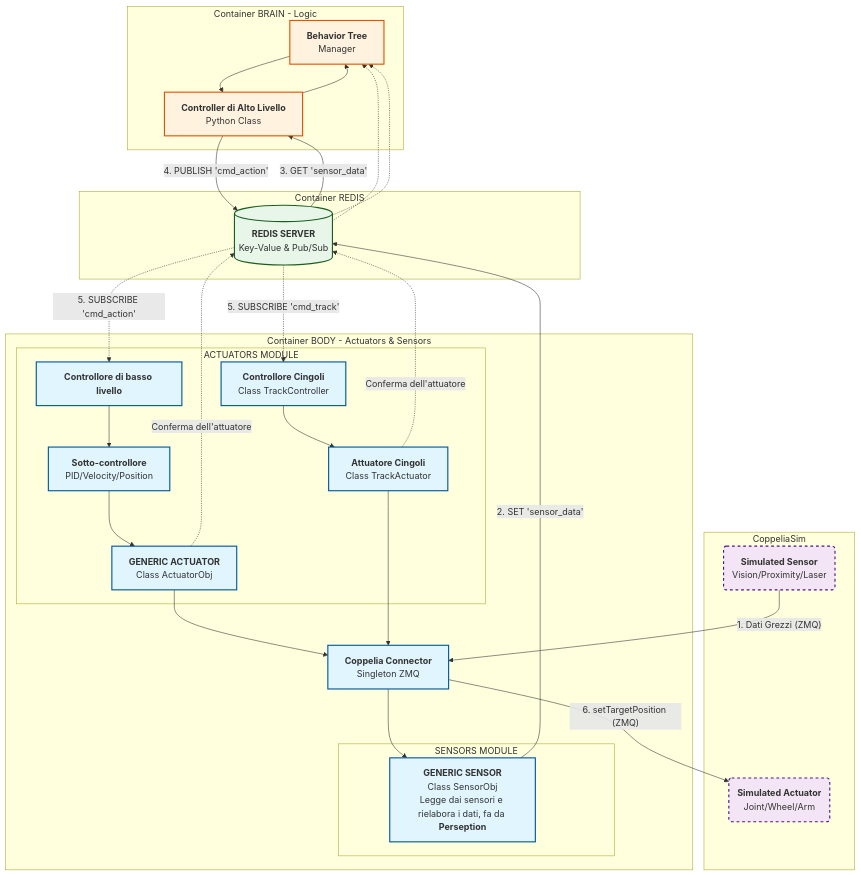
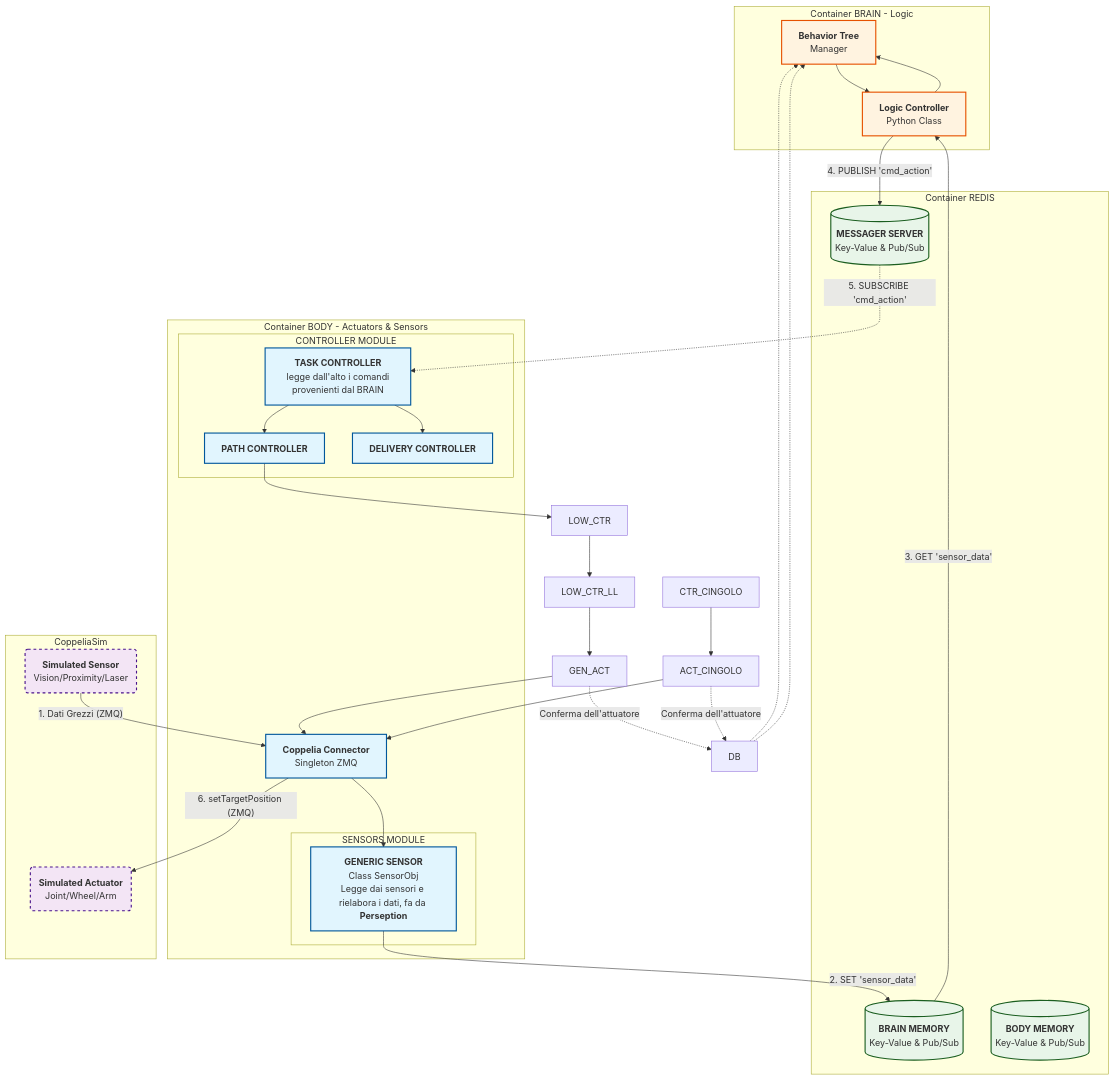
Before and after one commit to NadiaMuzyka/agv_real: the diagram in docs/GRAFO_STRUTTURA_PROGETTO.mmd, drawn with Mermaid.

Commit message:
Devo finire bt schema

```diff
--- a/docs/GRAFO_STRUTTURA_PROGETTO.mmd
+++ b/docs/GRAFO_STRUTTURA_PROGETTO.mmd
@@ -1,62 +1,66 @@
 graph TD
     %% DEFINIZIONE STILI
     classDef brain fill:#fff3e0,stroke:#e65100,stroke-width:2px;
     classDef body fill:#e1f5fe,stroke:#01579b,stroke-width:2px;
     classDef redis fill:#e8f5e9,stroke:#1b5e20,stroke-width:2px;
     classDef sim fill:#f3e5f5,stroke:#4a148c,stroke-width:2px,stroke-dasharray: 5 5;
 
     
         
     subgraph BRAIN_CONTAINER [Container BRAIN - Logic]
         BT[<b>Behavior Tree</b><br/>Manager]:::brain
-        LOGIC[<b>Controller di Alto Livello</b><br/>Python Class]:::brain
+        LOGIC[<b>Logic Controller</b><br/>Python Class]:::brain
     end
 
     subgraph REDIS_CONTAINER [Container REDIS]
-        DB[(<b>REDIS SERVER</b><br/>Key-Value & Pub/Sub)]:::redis
+        MESSAGER_SERVER[(<b>MESSAGER SERVER</b><br/>Key-Value & Pub/Sub)]:::redis
+        BRAIN_MEMORY[(<b>BRAIN MEMORY</b><br/>Key-Value & Pub/Sub)]:::redis
+        BODY_MEMORY[(<b>BODY MEMORY</b><br/>Key-Value & Pub/Sub)]:::redis
     end
 
     subgraph BODY_CONTAINER [Container BODY - Actuators & Sensors]
         subgraph SENSORS [SENSORS MODULE]
             GEN_SENS[<b>GENERIC SENSOR</b><br/>Class SensorObj<br/>Legge dai sensori e rielabora i dati, fa da <b>Perseption</b>]:::body
         end
 
-        subgraph ACTUATORS [ACTUATORS MODULE]
-            LOW_CTR[<b>Controllore di basso livello</b>]:::body
-            LOW_CTR_LL[<b>Sotto-controllore</b><br/>PID/Velocity/Position]:::body
-            CTR_CINGOLO[<b>Controllore Cingoli</b><br/>Class TrackController]:::body
-            ACT_CINGOLO[<b>Attuatore Cingoli</b><br/>Class TrackActuator<br/>]:::body
-            GEN_ACT[<b>GENERIC ACTUATOR</b><br/>Class ActuatorObj<br/>]:::body
+        subgraph CONTROLLER [CONTROLLER MODULE]
+            TASK_CONTROLLER[<b>TASK CONTROLLER</b><br/> legge dall'alto i comandi provenienti dal BRAIN]:::body
+            PATH_CTR[<b>PATH CONTROLLER</b>]:::body
+            DELIVERY_CTR[<b>DELIVERY CONTROLLER</b>]:::body
+            
         end
         
         BRIDGE[<b>Coppelia Connector</b><br/>Singleton ZMQ]:::body
     
     end
 
     subgraph HOST_OS [CoppeliaSim]
         SIM_SENSOR(<b>Simulated Sensor</b><br/>Vision/Proximity/Laser):::sim
         SIM_ACTUATOR(<b>Simulated Actuator</b><br/>Joint/Wheel/Arm):::sim
     end
 
     %%-- FLUSSO DATI (PLAN)
     BT-->LOGIC
     LOGIC-->BT
 
     %% --- FLUSSO DATI (SENSE) ---
     SIM_SENSOR -- "1. Dati Grezzi (ZMQ)" --> BRIDGE
     BRIDGE --> GEN_SENS
-    GEN_SENS -- "2. SET 'sensor_data'" --> DB
-    DB -- "3. GET 'sensor_data'" --> LOGIC
+    GEN_SENS -- "2. SET 'sensor_data'" --> BRAIN_MEMORY
+    BRAIN_MEMORY -- "3. GET 'sensor_data'" --> LOGIC
 
     %% --- FLUSSO DATI (ACT) ---
-    LOGIC -- "4. PUBLISH 'cmd_action'" --> DB
-    DB -.-> |"5. SUBSCRIBE 'cmd_action'"| LOW_CTR
-    DB -.-> |"5. SUBSCRIBE 'cmd_track'"| CTR_CINGOLO
+    LOGIC -- "4. PUBLISH 'cmd_action'" --> MESSAGER_SERVER
+    MESSAGER_SERVER -.-> |"5. SUBSCRIBE 'cmd_action'"| TASK_CONTROLLER
+
+    TASK_CONTROLLER --> PATH_CTR
+    TASK_CONTROLLER --> DELIVERY_CTR
     CTR_CINGOLO -->ACT_CINGOLO
+    PATH_CTR -->LOW_CTR
     LOW_CTR -->LOW_CTR_LL
     LOW_CTR_LL -->GEN_ACT
     GEN_ACT --> BRIDGE
     ACT_CINGOLO --> BRIDGE
     BRIDGE -- "6. setTargetPosition (ZMQ)" --> SIM_ACTUATOR
     GEN_ACT -.-> |"Conferma dell'attuatore"|DB -.->BT
     ACT_CINGOLO -.-> |"Conferma dell'attuatore"|DB -.->BT
```
